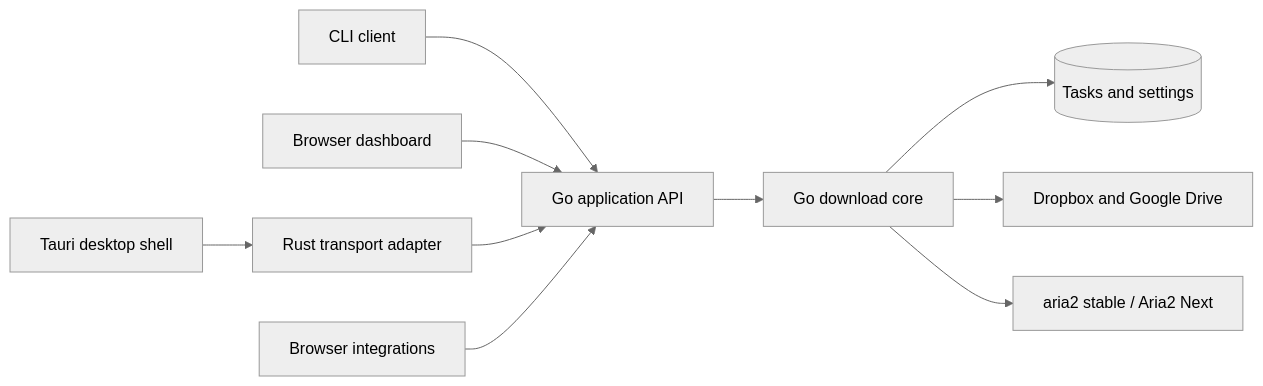
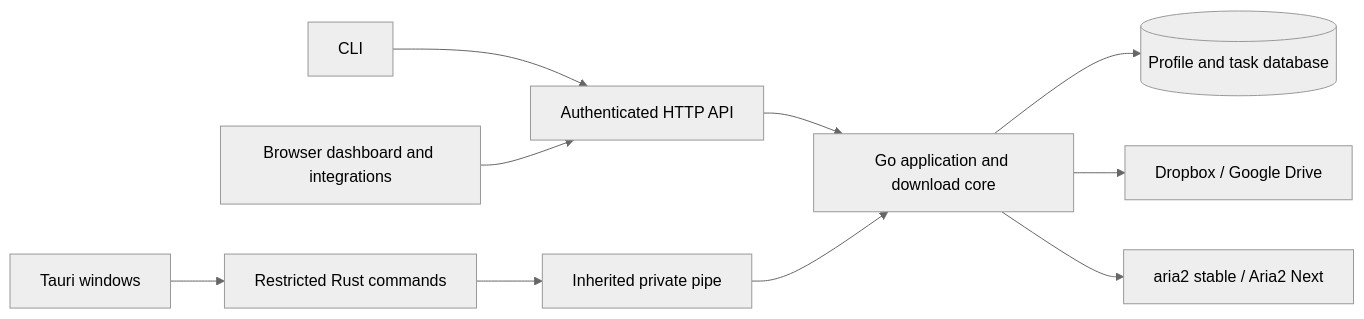
The diagram in docs/truedown-core-and-tauri.md (truewayd/KDownloader), drawn with Mermaid (neutral theme) before and after one commit. The commit also changed other lines of this file and 34 other files, not shown here.

````diff
--- a/docs/truedown-core-and-tauri.md
+++ b/docs/truedown-core-and-tauri.md
@@ -13,12 +9,12 @@
 ```mermaid
 flowchart LR
-  CLI[CLI client] --> API[Go application API]
-  Browser[Browser dashboard] --> API
-  Tauri[Tauri desktop shell] --> Adapter[Rust transport adapter]
-  Adapter --> API
-  Extensions[Browser integrations] --> API
-  API --> Core[Go download core]
-  Core --> DB[(Tasks and settings)]
-  Core --> Resolvers[Dropbox and Google Drive]
-  Core --> Engines[aria2 stable / Aria2 Next]
+  CLI[CLI] --> HTTP[Authenticated HTTP API]
+  Browser[Browser dashboard and integrations] --> HTTP
+  Desktop[Tauri windows] --> Rust[Restricted Rust commands]
+  Rust --> Pipe[Inherited private pipe]
+  HTTP --> Go[Go application and download core]
+  Pipe --> Go
+  Go --> Profiles[(Profile and task database)]
+  Go --> Resolvers[Dropbox / Google Drive]
+  Go --> Engines[aria2 stable / Aria2 Next]
 ```
````
